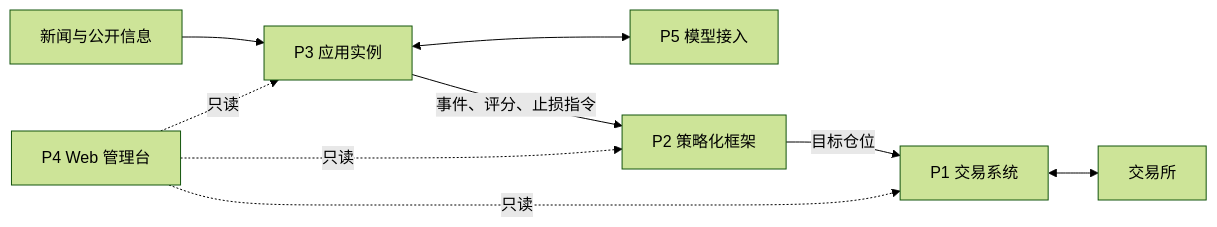
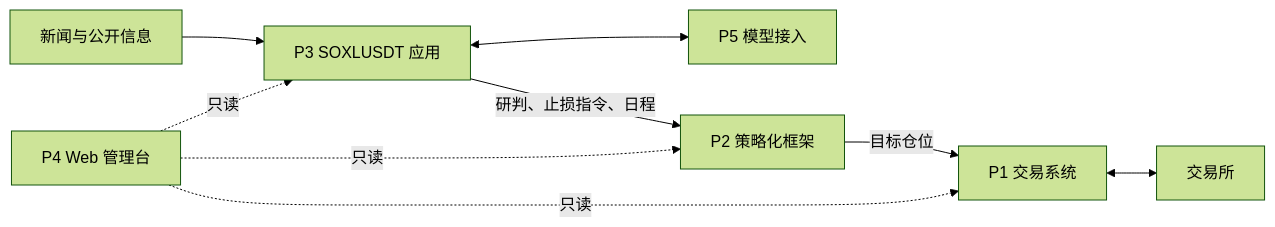
The diagram in README.md (AceNanako0721/Factorforge), drawn with Mermaid (forest theme) before and after one commit. The commit also changed other lines of this file and 428 other files, not shown here.

````diff
--- a/README.md
+++ b/README.md
@@ -19,11 +20,11 @@
 ```mermaid
 flowchart LR
-  N[新闻与公开信息] --> P3[P3 应用实例]
+  N[新闻与公开信息] --> P3[P3 SOXLUSDT 应用]
   P3 <--> P5[P5 模型接入]
-  P3 -->|事件、评分、止损指令| P2[P2 策略化框架]
+  P3 -->|研判、止损指令、日程| P2[P2 策略化框架]
   P2 -->|目标仓位| P1[P1 交易系统]
   P1 <--> X[交易所]
   P4[P4 Web 管理台] -.只读.-> P1
   P4 -.只读.-> P2
   P4 -.只读.-> P3
 ```
````
